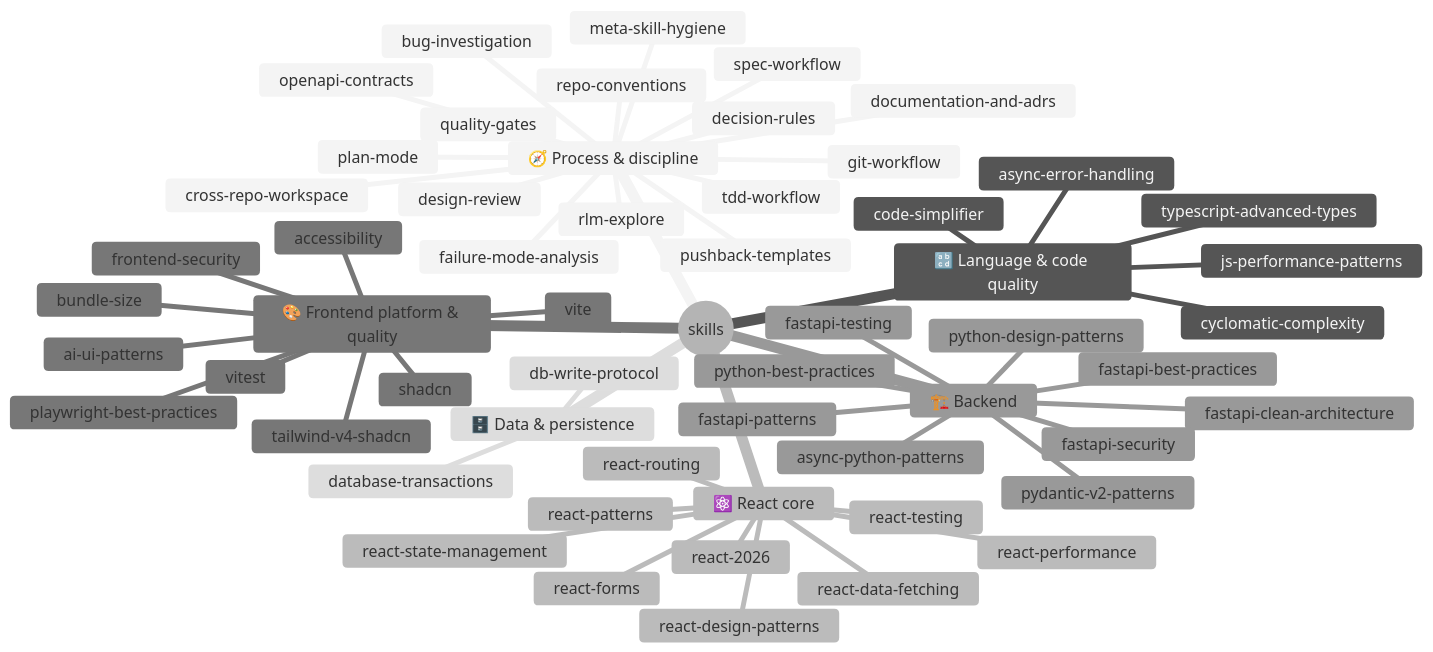
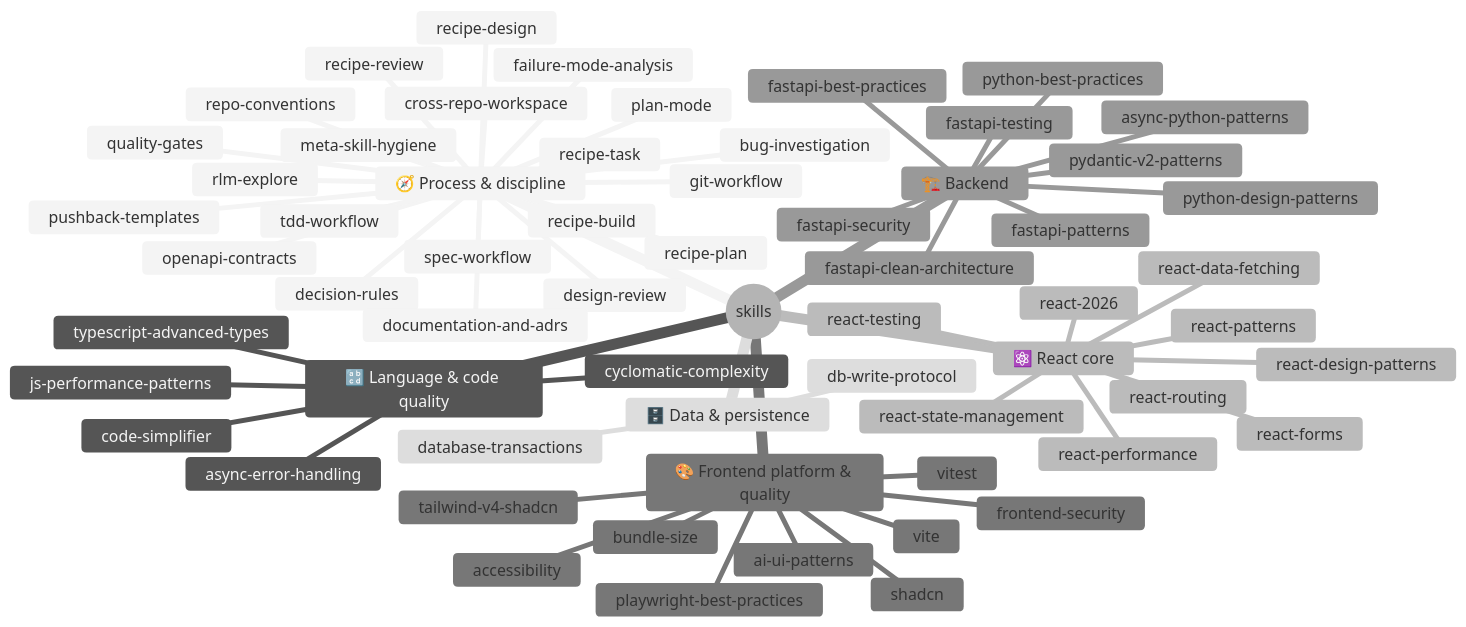
The diagram in template/.ruler/skills/README.md (TierOne-Studio/llm-harness-fastapi-react), drawn with Mermaid (neutral theme) before and after one commit. The commit also changed other lines of this file and 8 other files, not shown here.

````diff
--- a/template/.ruler/skills/README.md
+++ b/template/.ruler/skills/README.md
@@ -12,60 +12,65 @@
 ```mermaid
 mindmap
   root((skills))
     🧭 Process & discipline
       bug-investigation
       cross-repo-workspace
       decision-rules
       design-review
       documentation-and-adrs
       failure-mode-analysis
       git-workflow
       meta-skill-hygiene
       openapi-contracts
       plan-mode
       pushback-templates
       quality-gates
+      recipe-build
+      recipe-design
+      recipe-plan
+      recipe-review
+      recipe-task
       repo-conventions
       rlm-explore
       spec-workflow
       tdd-workflow
     🔡 Language & code quality
       async-error-handling
       code-simplifier
       cyclomatic-complexity
       js-performance-patterns
       typescript-advanced-types
     ⚛️ React core
       react-2026
       react-data-fetching
       react-design-patterns
       react-forms
       react-patterns
       react-performance
       react-routing
       react-state-management
       react-testing
     🎨 Frontend platform & quality
       accessibility
       ai-ui-patterns
       bundle-size
       frontend-security
       playwright-best-practices
       shadcn
       tailwind-v4-shadcn
       vite
       vitest
     🏗️ Backend
       async-python-patterns
       fastapi-best-practices
       fastapi-clean-architecture
       fastapi-patterns
       fastapi-security
       fastapi-testing
       pydantic-v2-patterns
       python-best-practices
       python-design-patterns
     🗄️ Data & persistence
       database-transactions
       db-write-protocol
 ```
````
